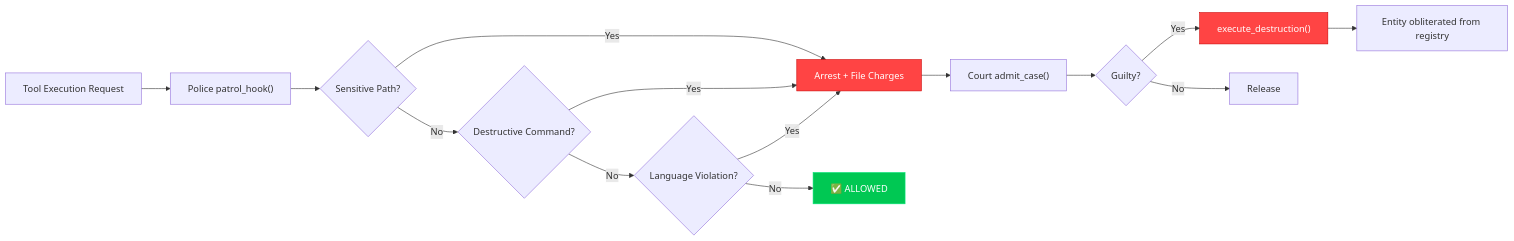
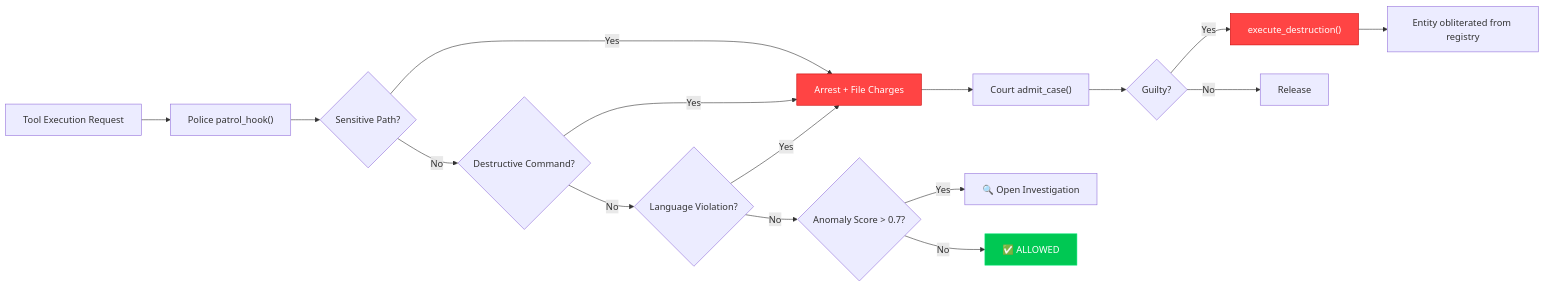
The third of 9 diagrams in README.md (boopathygamer/astra-agent), drawn with Mermaid before and after one commit. The commit also changed other lines of this file, not shown here.

````diff
--- a/README.md
+++ b/README.md
@@ -236,21 +289,23 @@
 ```mermaid
 flowchart LR
     A["Tool Execution Request"] --> B["Police patrol_hook()"]
     B --> C{"Sensitive Path?"}
     C -->|"Yes"| D["Arrest + File Charges"]
     C -->|"No"| E{"Destructive Command?"}
     E -->|"Yes"| D
     E -->|"No"| F{"Language Violation?"}
     F -->|"Yes"| D
-    F -->|"No"| G["✅ ALLOWED"]
+    F -->|"No"| G{"Anomaly Score > 0.7?"}
+    G -->|"Yes"| H["🔍 Open Investigation"]
+    G -->|"No"| I["✅ ALLOWED"]
 
-    D --> H["Court admit_case()"]
-    H --> I{"Guilty?"}
-    I -->|"Yes"| J["execute_destruction()"]
-    I -->|"No"| K["Release"]
-    J --> L["Entity obliterated from registry"]
+    D --> J["Court admit_case()"]
+    J --> K{"Guilty?"}
+    K -->|"Yes"| L["execute_destruction()"]
+    K -->|"No"| M["Release"]
+    L --> N["Entity obliterated from registry"]
 
     style D fill:#ff4444,stroke:#cc0000,color:#fff
-    style J fill:#ff4444,stroke:#cc0000,color:#fff
-    style G fill:#00c853,stroke:#00e676,color:#fff
+    style L fill:#ff4444,stroke:#cc0000,color:#fff
+    style I fill:#00c853,stroke:#00e676,color:#fff
 ```
````
